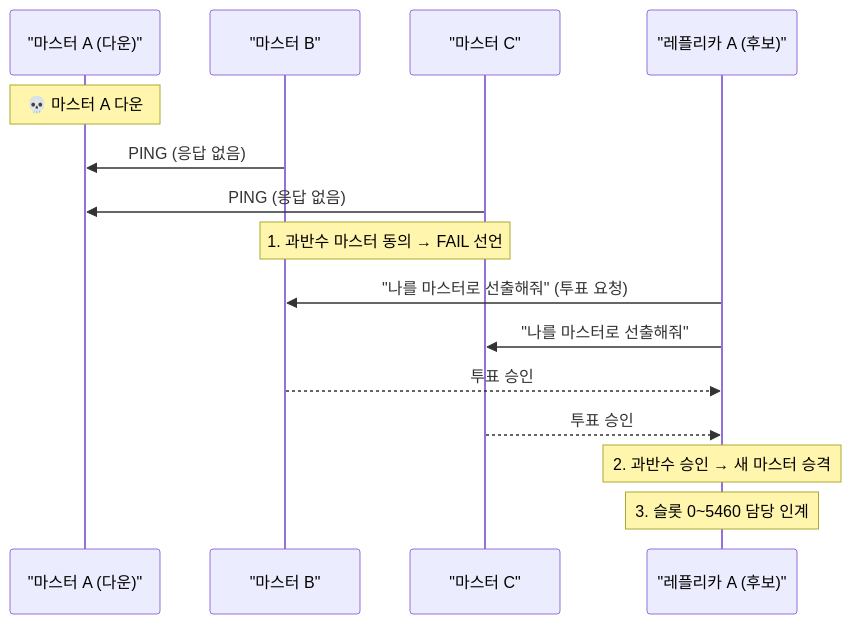
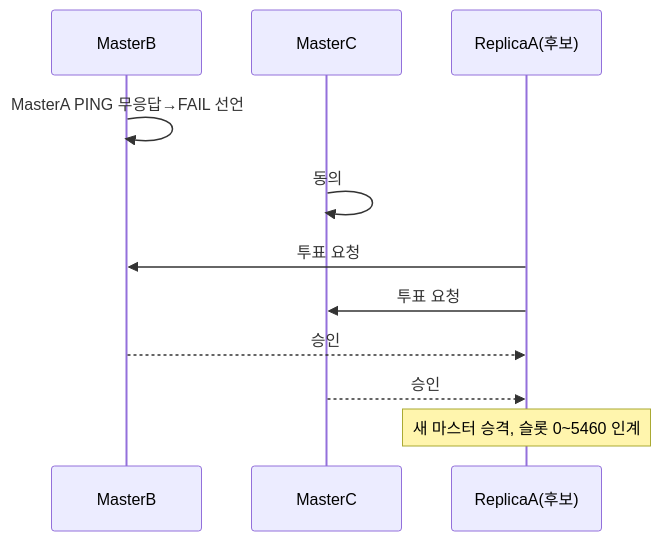
Before and after one commit to yjkim2015/yjkim2015.github.io: the fifth of 6 diagrams in _posts/redis/2026-05-01-redis-cluster-sentinel.md, drawn with Mermaid. The commit also changed other lines of this file and 215 other files, not shown here.

First line of the commit message:
신규 포스트 10개 추가 + Mermaid 전면 축소 + SystemDesign 시리즈 보강

````diff
--- a/_posts/redis/2026-05-01-redis-cluster-sentinel.md
+++ b/_posts/redis/2026-05-01-redis-cluster-sentinel.md
@@ -257,18 +250,13 @@
 ```mermaid
 sequenceDiagram
-    participant MA as "마스터 A (다운)"
-    participant MB as "마스터 B"
-    participant MC as "마스터 C"
-    participant RA as "레플리카 A (후보)"
-
-    Note over MA: 💀 마스터 A 다운
-    MB->>MA: PING (응답 없음)
-    MC->>MA: PING (응답 없음)
-    Note over MB,MC: 1. 과반수 마스터 동의 → FAIL 선언
-    RA->>MB: "나를 마스터로 선출해줘" (투표 요청)
-    RA->>MC: "나를 마스터로 선출해줘"
-    MB-->>RA: 투표 승인
-    MC-->>RA: 투표 승인
-    Note over RA: 2. 과반수 승인 → 새 마스터 승격
-    Note over RA: 3. 슬롯 0~5460 담당 인계
+    participant MB as MasterB
+    participant MC as MasterC
+    participant RA as ReplicaA(후보)
+    MB->>MB: MasterA PING 무응답→FAIL 선언
+    MC->>MC: 동의
+    RA->>MB: 투표 요청
+    RA->>MC: 투표 요청
+    MB-->>RA: 승인
+    MC-->>RA: 승인
+    Note over RA: 새 마스터 승격, 슬롯 0~5460 인계
 ```
````
